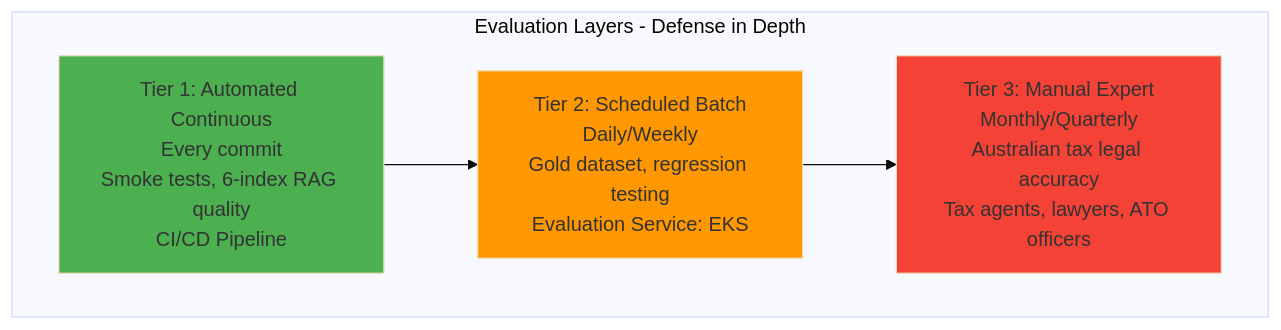
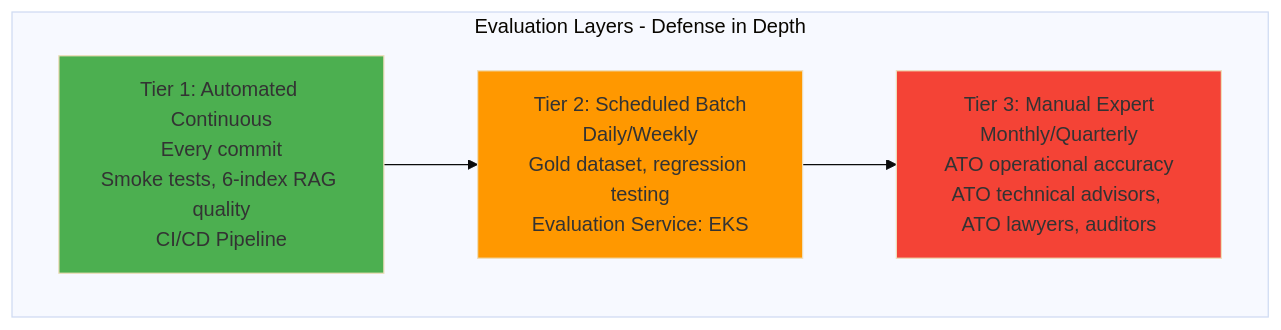
One commit to anguyenbus/case_chat changed the first of 9 diagrams in case_assistant/system_design/05-evaluation-strategy.md. Above: the diagram before and after it, drawn with Mermaid (base theme). The commit also changed other lines of this file, not shown here.

````diff
--- a/case_assistant/system_design/05-evaluation-strategy.md
+++ b/case_assistant/system_design/05-evaluation-strategy.md
@@ -49,15 +58,15 @@
 ```mermaid
 graph TB
     subgraph "Evaluation Layers - Defense in Depth"
         T1[Tier 1: Automated Continuous<br/>Every commit<br/>Smoke tests, 6-index RAG quality<br/>CI/CD Pipeline]
         T2[Tier 2: Scheduled Batch<br/>Daily/Weekly<br/>Gold dataset, regression testing<br/>Evaluation Service: EKS]
-        T3[Tier 3: Manual Expert<br/>Monthly/Quarterly<br/>Australian tax legal accuracy<br/>Tax agents, lawyers, ATO officers]
+        T3[Tier 3: Manual Expert<br/>Monthly/Quarterly<br/>ATO operational accuracy<br/>ATO technical advisors, ATO lawyers, auditors]
     end
 
     T1 --> T2
     T2 --> T3
 
     style T1 fill:#4CAF50
     style T2 fill:#FF9800
     style T3 fill:#F44336
 ```
````
